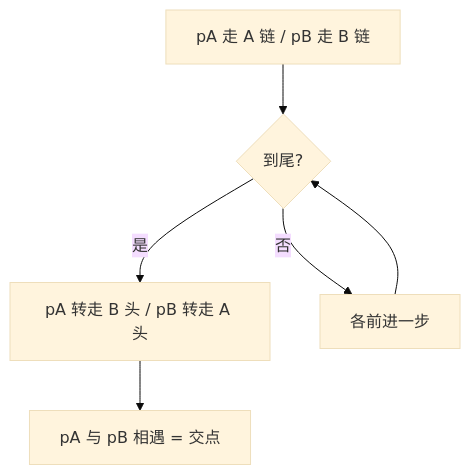
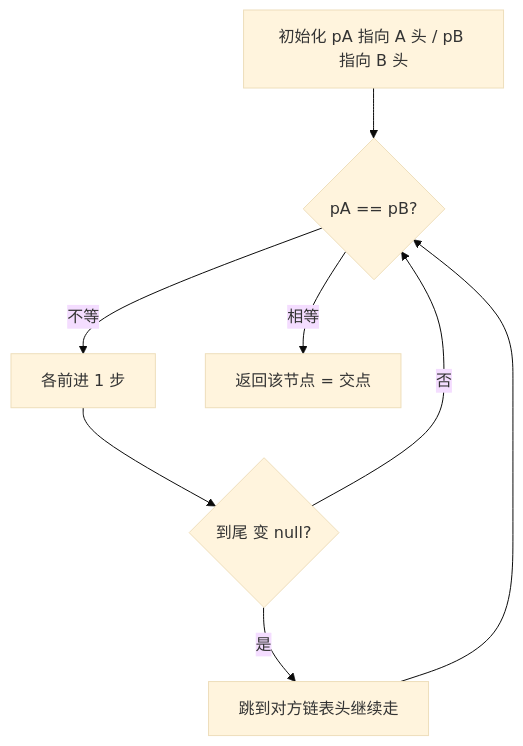
The first of 2 diagrams in 08-链表/0160-相交链表.md (OctalZero/hot100-py), drawn with Mermaid (base theme) before and after one commit. The commit also changed other lines of this file and 117 other files, not shown here.

First line of the commit message:
feat: 全题解配图升级为「动画式 mermaid」（总览骨架 + 横向时间线逐步推演）

````diff
--- a/08-链表/0160-相交链表.md
+++ b/08-链表/0160-相交链表.md
@@ -28,8 +28,10 @@
 ```mermaid
 flowchart TD
-    A["pA 走 A 链 / pB 走 B 链"] --> B{"到尾?"}
-    B -- "是" --> C["pA 转走 B 头 / pB 转走 A 头"]
-    B -- "否" --> D["各前进一步"]
-    C --> E["pA 与 pB 相遇 = 交点"]
-    D --> B
+    A["初始化 pA 指向 A 头 / pB 指向 B 头"] --> B{"pA == pB?"}
+    B -->|"不等"| C["各前进 1 步"]
+    C --> D{"到尾 变 null?"}
+    D -->|"是"| E["跳到对方链表头继续走"]
+    D -->|"否"| B
+    E --> B
+    B -->|"相等"| F["返回该节点 = 交点"]
 ```
````
